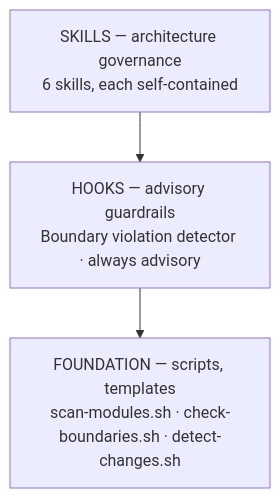
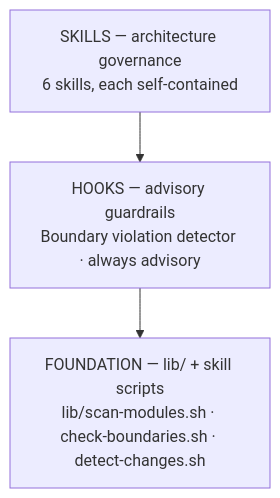
Before and after one commit to alexnodeland/principled: the second of 2 diagrams in plugins/principled-architecture/README.md, drawn with Mermaid. The commit also changed other lines of this file and 108 other files, not shown here.

````diff
--- a/plugins/principled-architecture/README.md
+++ b/plugins/principled-architecture/README.md
@@ -99,8 +99,8 @@
 ```mermaid
 flowchart TB
     S["SKILLS — architecture governance<br/>6 skills, each self-contained"]
     H["HOOKS — advisory guardrails<br/>Boundary violation detector · always advisory"]
-    F["FOUNDATION — scripts, templates<br/>scan-modules.sh · check-boundaries.sh · detect-changes.sh"]
+    F["FOUNDATION — lib/ + skill scripts<br/>lib/scan-modules.sh · check-boundaries.sh · detect-changes.sh"]
 
     S --> H --> F
 ```
````
